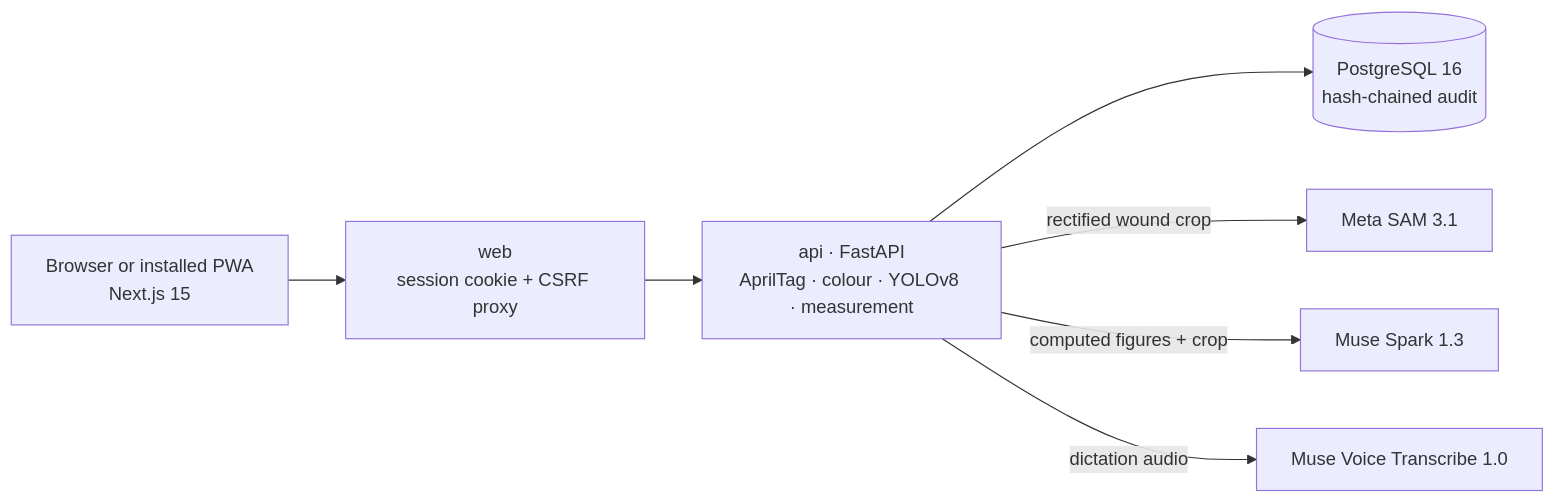
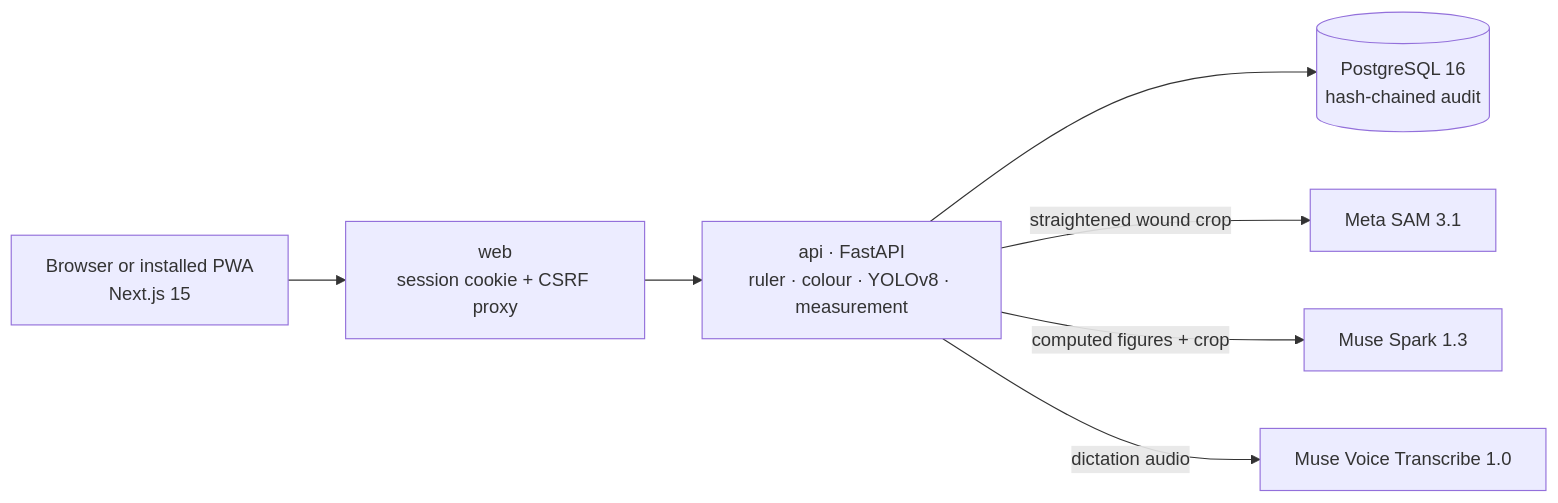
The diagram in README.md (wtepsan/WoundMeter), drawn with Mermaid before and after one commit. The commit also changed other lines of this file and 27 other files, not shown here.

````diff
--- a/README.md
+++ b/README.md
@@ -117,9 +93,9 @@
 ```mermaid
 flowchart LR
     B["Browser or installed PWA<br/>Next.js 15"] --> W["web<br/>session cookie + CSRF proxy"]
-    W --> A["api · FastAPI<br/>AprilTag · colour · YOLOv8 · measurement"]
+    W --> A["api · FastAPI<br/>ruler · colour · YOLOv8 · measurement"]
     A --> D[("PostgreSQL 16<br/>hash-chained audit")]
-    A -->|"rectified wound crop"| S["Meta SAM 3.1"]
+    A -->|"straightened wound crop"| S["Meta SAM 3.1"]
     A -->|"computed figures + crop"| M["Muse Spark 1.3"]
     A -->|"dictation audio"| V["Muse Voice Transcribe 1.0"]
 ```
````
